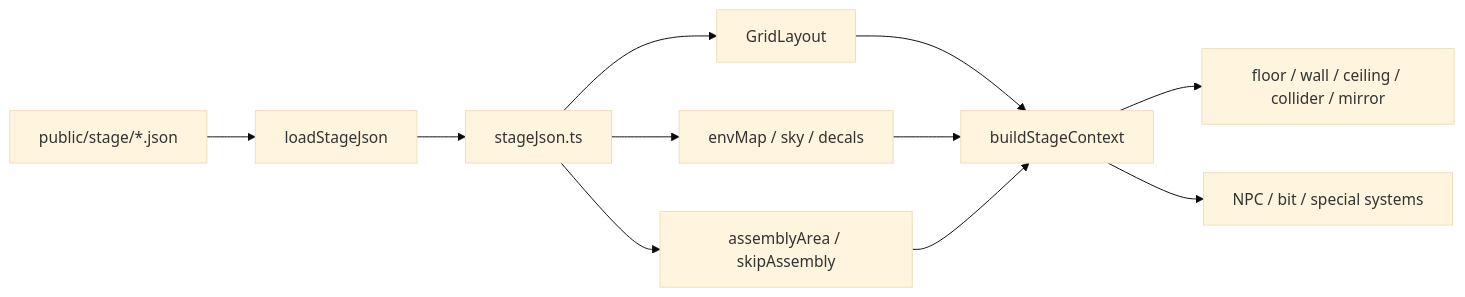
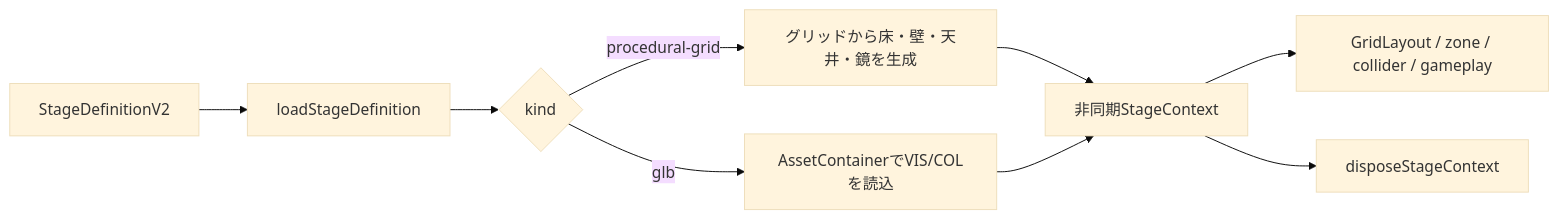
The second of 2 diagrams in docs/spec_technical.md (catoriinu/haigure_survival), drawn with Mermaid (base theme) before and after one commit. The commit also changed other lines of this file and 25 other files, not shown here.

````diff
--- a/docs/spec_technical.md
+++ b/docs/spec_technical.md
@@ -129,13 +129,11 @@
 ```mermaid
 flowchart LR
-    JSON["public/stage/*.json"] --> Load["loadStageJson"]
-    Load --> Convert["stageJson.ts"]
-    Convert --> Grid["GridLayout"]
-    Convert --> Env["envMap / sky / decals"]
-    Convert --> Area["assemblyArea / skipAssembly"]
-    Grid --> Context["buildStageContext"]
-    Env --> Context
-    Area --> Context
-    Context --> Mesh["floor / wall / ceiling / collider / mirror"]
-    Context --> Runtime["NPC / bit / special systems"]
+    JSON["StageDefinitionV2"] --> Load["loadStageDefinition"]
+    Load --> Kind{"kind"}
+    Kind -->|"procedural-grid"| Proc["グリッドから床・壁・天井・鏡を生成"]
+    Kind -->|"glb"| GLB["AssetContainerでVIS/COLを読込"]
+    Proc --> Context["非同期StageContext"]
+    GLB --> Context
+    Context --> Runtime["GridLayout / zone / collider / gameplay"]
+    Context --> Dispose["disposeStageContext"]
 ```
````
